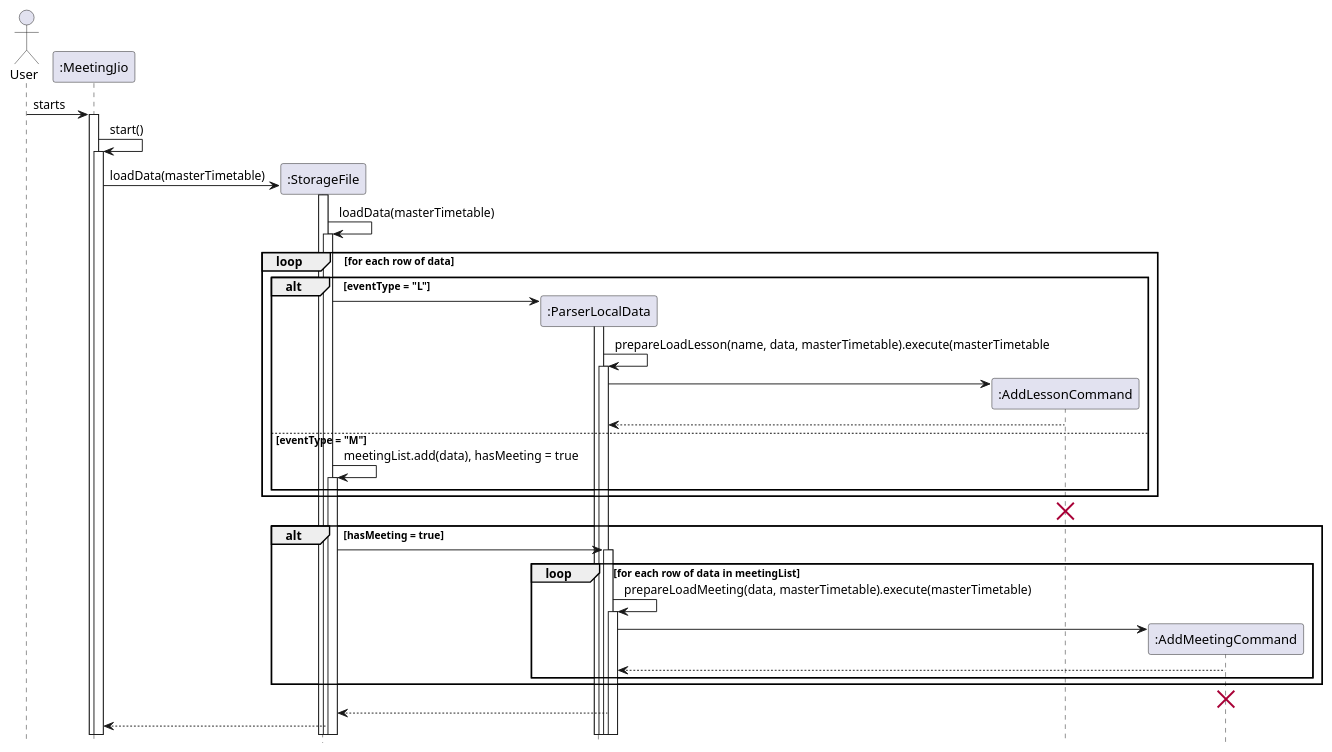
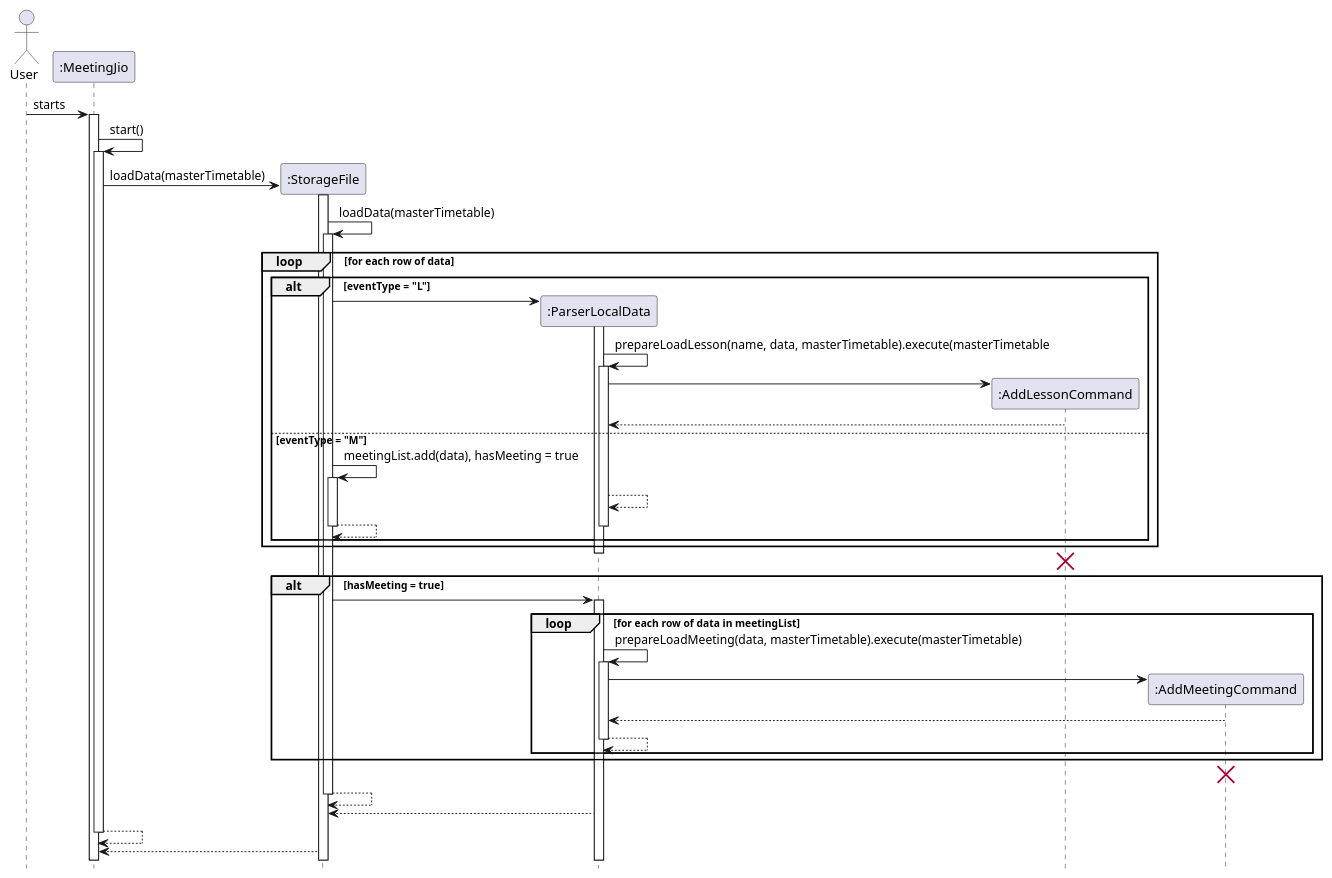
Before and after one commit to nus-cs2113-AY2122S2/tp: the diagram in docs/diagrams/LoadSequenceDiagram.puml, drawn with PlantUML. The commit also changed 3 other files, not shown here.

Commit message:
Edit load and save sequence diagram

```diff
--- a/docs/diagrams/LoadSequenceDiagram.puml
+++ b/docs/diagrams/LoadSequenceDiagram.puml
@@ -1,40 +1,50 @@
 @startuml
 'https://plantuml.com/sequence-diagram
 
 hide footbox
 actor User
 
 User -> ":MeetingJio" ++: starts
 ":MeetingJio" -> ":MeetingJio" ++:start()
 create ":StorageFile"
 ":MeetingJio" -> ":StorageFile" ++: loadData(masterTimetable)
 ":StorageFile" -> ":StorageFile" ++: loadData(masterTimetable)
 create ":ParserLocalData"
 loop for each row of data
 alt eventType = "L"
 ":StorageFile" -> ":ParserLocalData" ++:
 ":ParserLocalData" -> ":ParserLocalData" ++:prepareLoadLesson(name, data, masterTimetable).execute(masterTimetable
 create ":AddLessonCommand"
 ":ParserLocalData" -> ":AddLessonCommand"
 ":AddLessonCommand" --> ":ParserLocalData"
 deactivate ":AddLessonCommand"
 else eventType = "M"
 ":StorageFile" -> ":StorageFile" ++: meetingList.add(data), hasMeeting = true
+":ParserLocalData" --> ":ParserLocalData"
+":StorageFile" --> ":StorageFile"
+deactivate ":StorageFile"
+deactivate ":ParserLocalData"
 end
 end
+deactivate ":ParserLocalData"
 destroy ":AddLessonCommand"
 alt hasMeeting = true
 ":StorageFile" -> ":ParserLocalData" ++:
 loop for each row of data in meetingList
 ":ParserLocalData" -> ":ParserLocalData" ++:prepareLoadMeeting(data, masterTimetable).execute(masterTimetable)
 create ":AddMeetingCommand"
 ":ParserLocalData" -> ":AddMeetingCommand"
 ":AddMeetingCommand" --> ":ParserLocalData"
 deactivate ":AddMeetingCommand"
+":ParserLocalData" --> ":ParserLocalData"
+deactivate ":ParserLocalData"
 end
 end
 destroy ":AddMeetingCommand"
-
+":StorageFile" --> ":StorageFile"
+deactivate ":StorageFile"
 ":ParserLocalData" --> ":StorageFile"
+":MeetingJio" --> ":MeetingJio"
+deactivate ":MeetingJio"
 ":StorageFile" --> ":MeetingJio"
 @enduml
```
